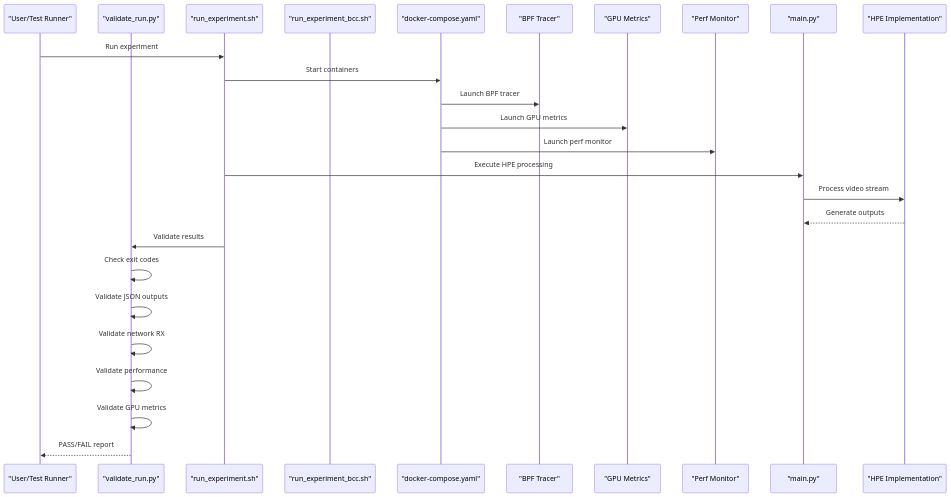
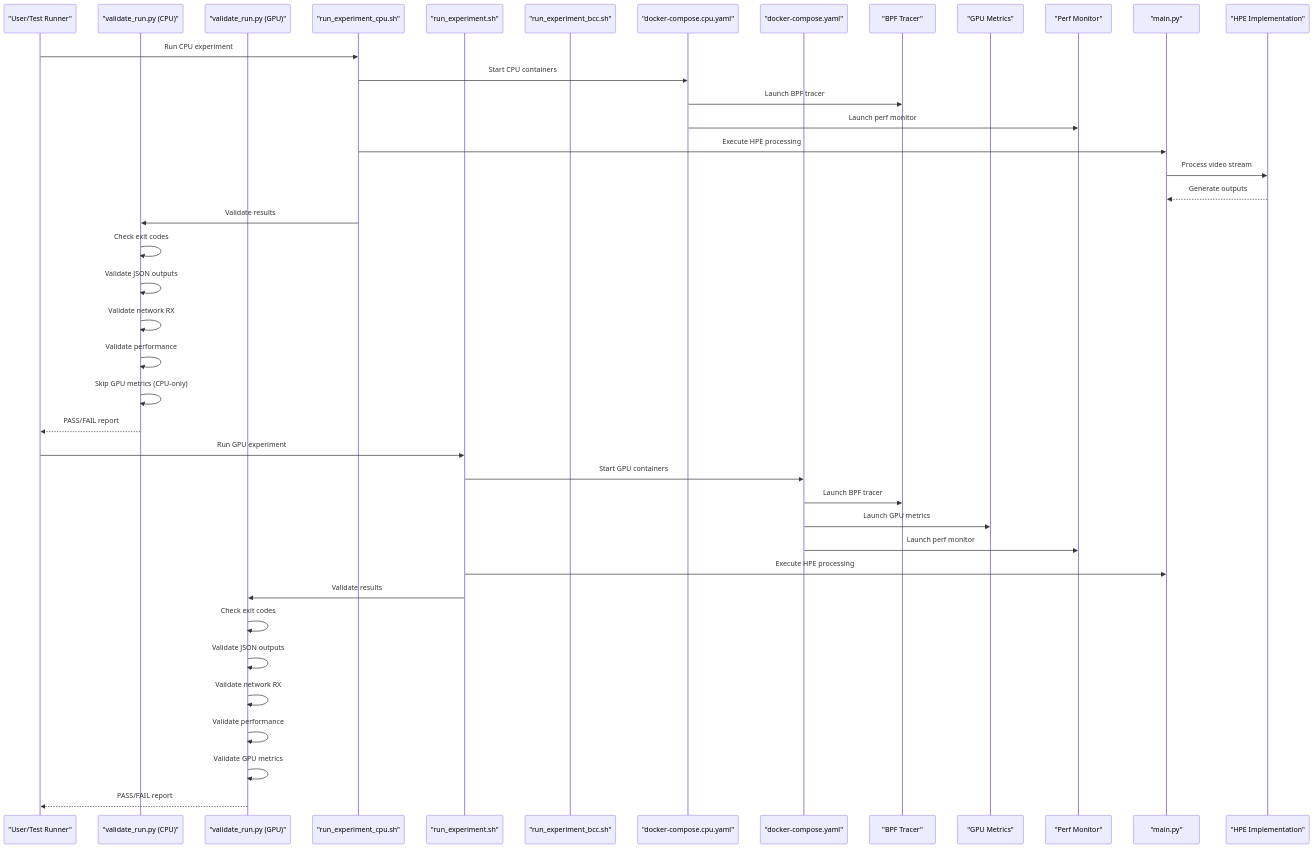
Before and after one commit to Fogus-Gr/MeasurementsDTs: the second of 7 diagrams in .qoder/repowiki/en/content/Development Tools/Testing and Validation.md, drawn with Mermaid. The commit also changed other lines of this file and 5 other files, not shown here.

````diff
--- a/.qoder/repowiki/en/content/Development Tools/Testing and Validation.md
+++ b/.qoder/repowiki/en/content/Development Tools/Testing and Validation.md
@@ -202,28 +246,43 @@
 ```mermaid
 sequenceDiagram
 participant User as "User/Test Runner"
-participant VR as "validate_run.py"
+participant VRC as "validate_run.py (CPU)"
+participant VR as "validate_run.py (GPU)"
+participant REC as "run_experiment_cpu.sh"
 participant RE as "run_experiment.sh"
 participant REB as "run_experiment_bcc.sh"
+participant DCC as "docker-compose.cpu.yaml"
 participant DC as "docker-compose.yaml"
 participant BT as "BPF Tracer"
 participant GM as "GPU Metrics"
 participant PM as "Perf Monitor"
 participant Main as "main.py"
 participant Impl as "HPE Implementation"
-User->>RE : Run experiment
-RE->>DC : Start containers
+User->>REC : Run CPU experiment
+REC->>DCC : Start CPU containers
+DCC->>BT : Launch BPF tracer
+DCC->>PM : Launch perf monitor
+REC->>Main : Execute HPE processing
+Main->>Impl : Process video stream
+Impl-->>Main : Generate outputs
+REC->>VRC : Validate results
+VRC->>VRC : Check exit codes
+VRC->>VRC : Validate JSON outputs
+VRC->>VRC : Validate network RX
+VRC->>VRC : Validate performance
+VRC->>VRC : Skip GPU metrics (CPU-only)
+VRC-->>User : PASS/FAIL report
+User->>RE : Run GPU experiment
+RE->>DC : Start GPU containers
 DC->>BT : Launch BPF tracer
 DC->>GM : Launch GPU metrics
 DC->>PM : Launch perf monitor
 RE->>Main : Execute HPE processing
-Main->>Impl : Process video stream
-Impl-->>Main : Generate outputs
 RE->>VR : Validate results
 VR->>VR : Check exit codes
 VR->>VR : Validate JSON outputs
 VR->>VR : Validate network RX
 VR->>VR : Validate performance
 VR->>VR : Validate GPU metrics
 VR-->>User : PASS/FAIL report
 ```
````
